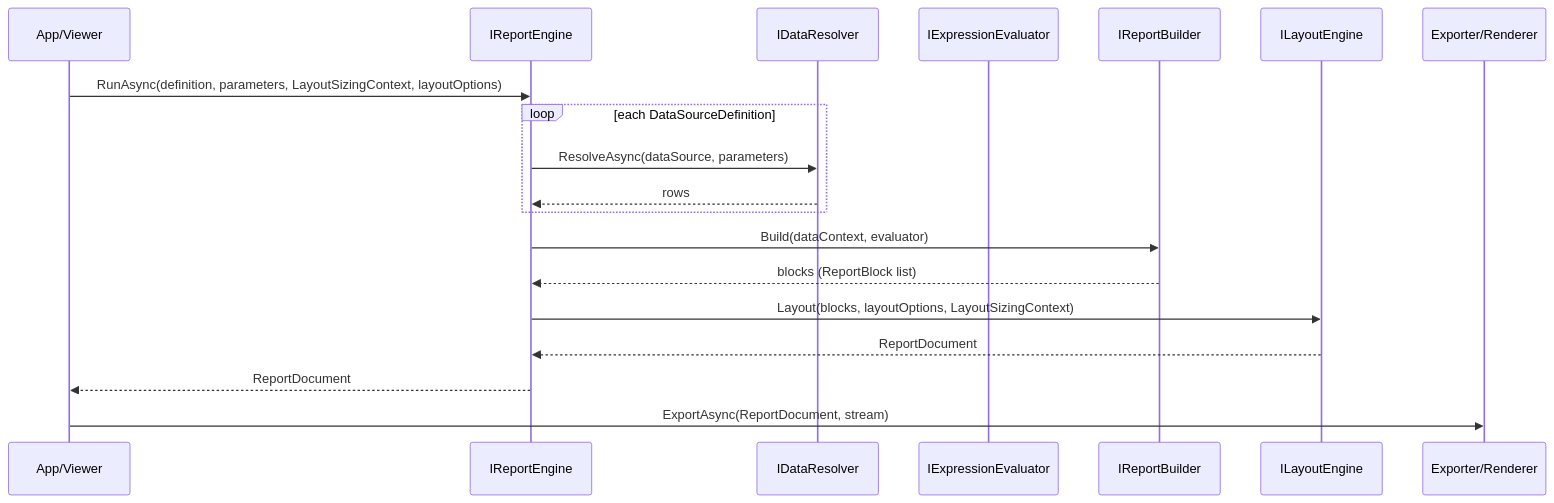
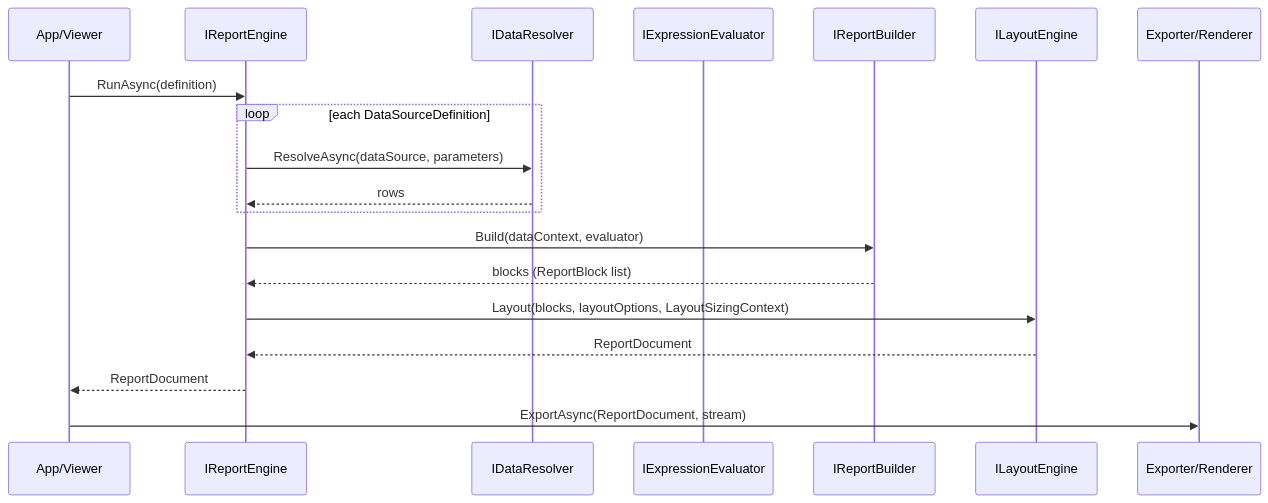
One commit to Netcodr81/kinetic-reports changed the diagram in docs/02-report-generation-flow.md. Above: the diagram before and after it, drawn with Mermaid. The commit also changed other lines of this file and 32 other files, not shown here.

````diff
--- a/docs/02-report-generation-flow.md
+++ b/docs/02-report-generation-flow.md
@@ -7,22 +7,22 @@
 ```mermaid
 sequenceDiagram
 	participant Caller as App/Viewer
 	participant Engine as IReportEngine
 	participant Resolver as IDataResolver
 	participant Eval as IExpressionEvaluator
 	participant Builder as IReportBuilder
 	participant Layout as ILayoutEngine
 	participant Export as Exporter/Renderer
 
-	Caller->>Engine: RunAsync(definition, parameters, LayoutSizingContext, layoutOptions)
+	Caller->>Engine: RunAsync(definition)
 	loop each DataSourceDefinition
 		Engine->>Resolver: ResolveAsync(dataSource, parameters)
 		Resolver-->>Engine: rows
 	end
 	Engine->>Builder: Build(dataContext, evaluator)
 	Builder-->>Engine: blocks (ReportBlock list)
 	Engine->>Layout: Layout(blocks, layoutOptions, LayoutSizingContext)
 	Layout-->>Engine: ReportDocument
 	Engine-->>Caller: ReportDocument
 	Caller->>Export: ExportAsync(ReportDocument, stream)
 ```
````
